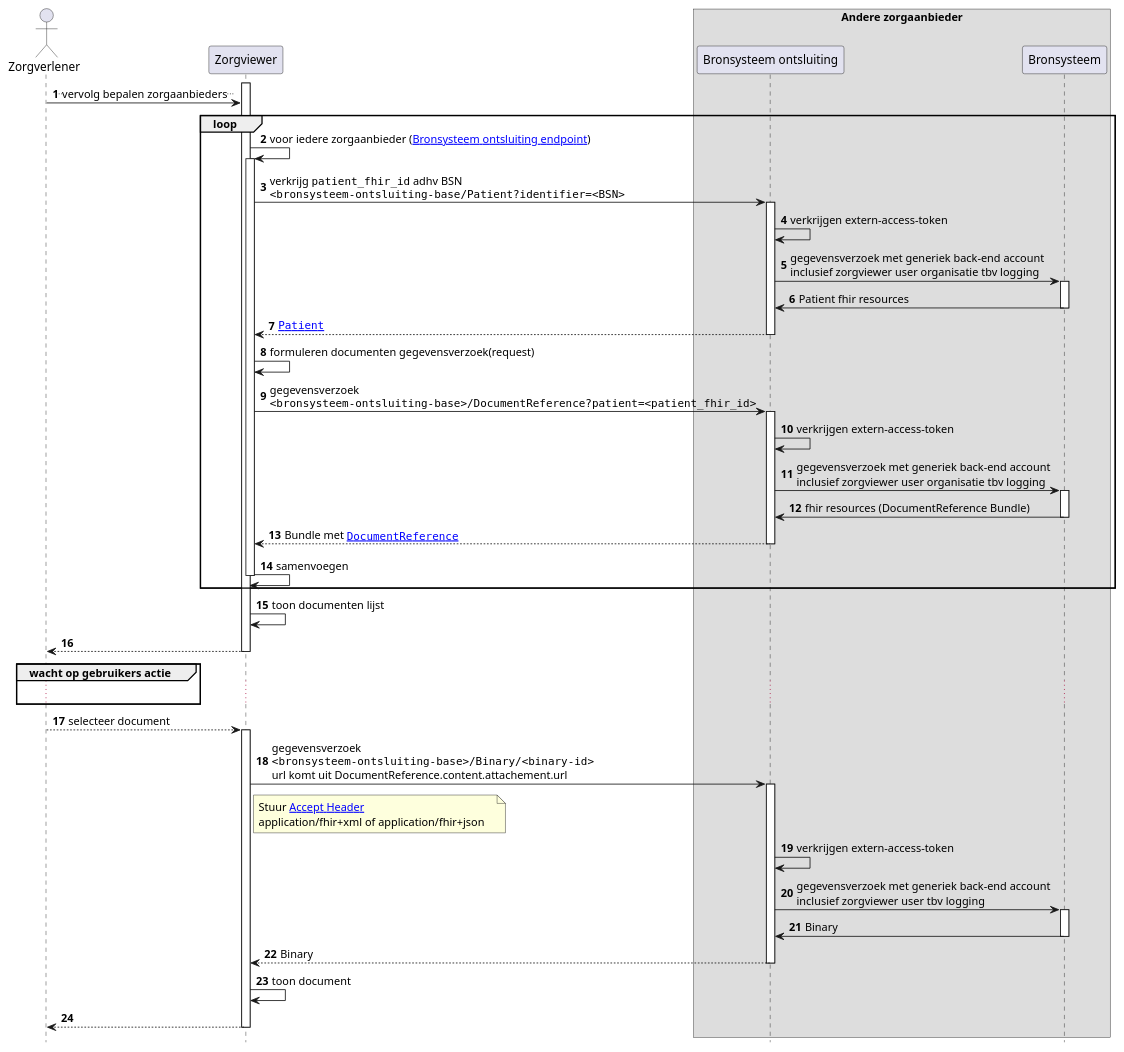
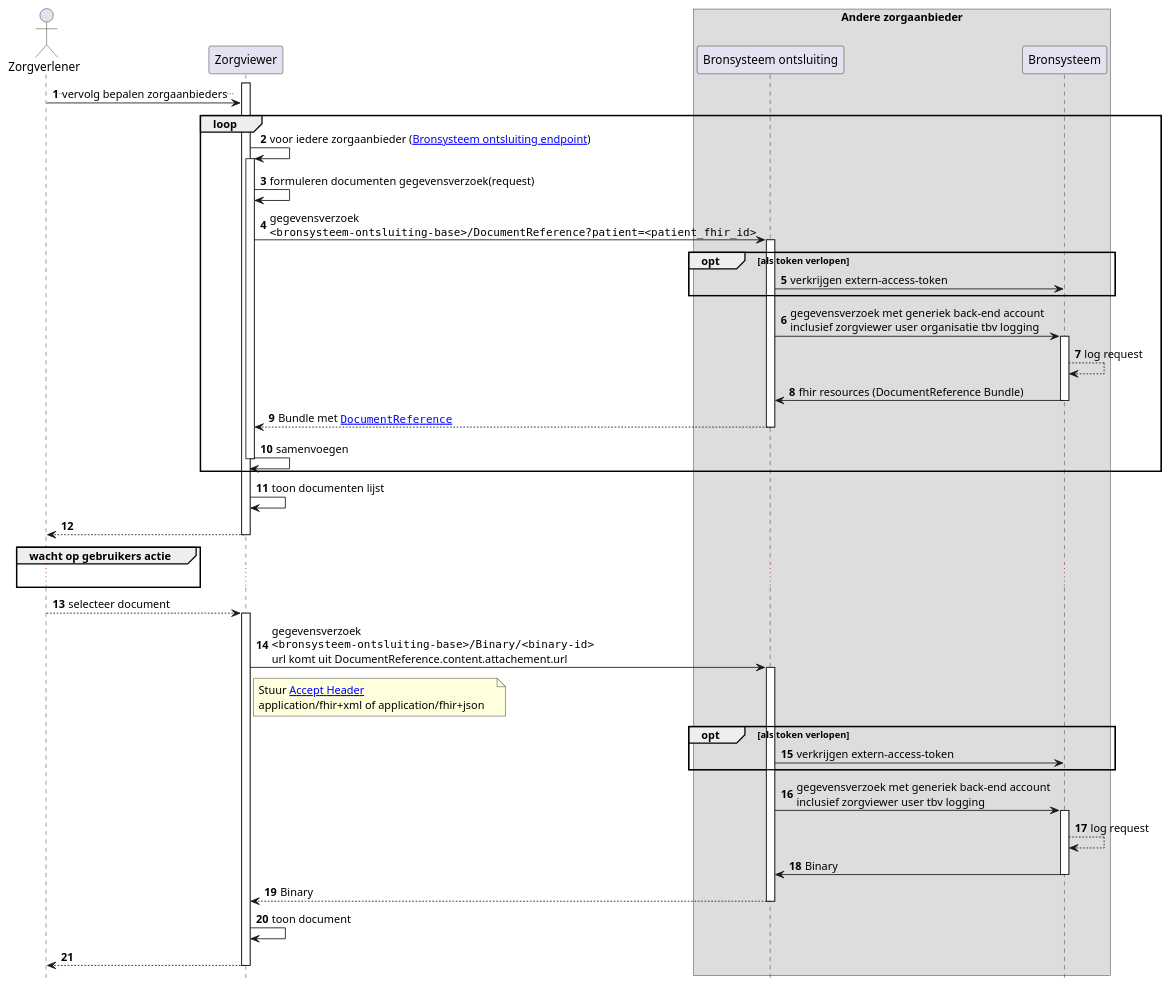
One commit to RIVO-Noord/zorgviewer-ig changed the diagram in input/images-source/Zorgviewer-seq-4.plantuml. Above: the diagram before and after it, drawn with PlantUML. The commit also changed 2 other files, not shown here.

Commit message:
Updates around verkrijgen extern access token

```diff
--- a/input/images-source/Zorgviewer-seq-4.plantuml
+++ b/input/images-source/Zorgviewer-seq-4.plantuml
@@ -1,64 +1,61 @@
 @startuml
 hide footbox
 autonumber
 
 actor Zorgverlener
 participant Zorgviewer
 box "Andere zorgaanbieder"
 participant "Bronsysteem ontsluiting" as Bron
 participant Bronsysteem
 end box
 
 activate Zorgviewer
 Zorgverlener->Zorgviewer: ..vervolg bepalen zorgaanbieders..
 loop
     Zorgviewer->Zorgviewer: voor iedere zorgaanbieder ([[Endpoint-UMCG.html Bronsysteem ontsluiting endpoint]])
     activate Zorgviewer
-    Zorgviewer->Bron : verkrijg ""patient_fhir_id"" adhv BSN\n""<bronsysteem-ontsluiting-base/Patient?identifier=<BSN>""
-    activate Bron
-    Bron->Bron : verkrijgen extern-access-token
-    Bron->Bronsysteem : gegevensverzoek met generiek back-end account\ninclusief zorgviewer user organisatie tbv logging
-    activate Bronsysteem
-    Bronsysteem->Bron: Patient fhir resources
-    deactivate Bronsysteem
-    Bron-->Zorgviewer : ""[[StructureDefinition-Patient.html Patient]]""
-    deactivate Bron
     Zorgviewer->Zorgviewer: formuleren documenten gegevensverzoek(request)
     Zorgviewer->Bron: gegevensverzoek\n""<bronsysteem-ontsluiting-base>/DocumentReference?patient=<patient_fhir_id>""
     activate Bron
-    Bron->Bron : verkrijgen extern-access-token
+    opt als token verlopen
+        Bron->Bronsysteem : verkrijgen extern-access-token
+    end opt
     Bron->Bronsysteem : gegevensverzoek met generiek back-end account\ninclusief zorgviewer user organisatie tbv logging
     activate Bronsysteem
+    Bronsysteem-->Bronsysteem: log request
     Bronsysteem->Bron: fhir resources (DocumentReference Bundle)
     deactivate Bronsysteem
     Bron-->Zorgviewer: Bundle met ""[[StructureDefinition-DocumentReference.html DocumentReference]]""
     deactivate Bron
     Zorgviewer->Zorgviewer: samenvoegen
     deactivate Zorgviewer
 end
 Zorgviewer->Zorgviewer: toon documenten lijst
 Zorgviewer-->Zorgverlener
 deactivate Zorgviewer
 group wacht op gebruikers actie
 ...
 end
 Zorgverlener-->Zorgviewer: selecteer document
 activate Zorgviewer
 Zorgviewer->Bron: gegevensverzoek\n""<bronsysteem-ontsluiting-base>/Binary/<binary-id>""\nurl komt uit DocumentReference.content.attachement.url
 note right Zorgviewer
     Stuur [[http://hl7.org/fhir/STU3/binary.html#rest Accept Header]]
     application/fhir+xml of application/fhir+json   
 end note
 activate Bron
-Bron->Bron : verkrijgen extern-access-token
+opt als token verlopen
+    Bron->Bronsysteem : verkrijgen extern-access-token
+end opt
 Bron->Bronsysteem : gegevensverzoek met generiek back-end account\ninclusief zorgviewer user tbv logging
 activate Bronsysteem
+Bronsysteem-->Bronsysteem: log request
 Bronsysteem->Bron: Binary
 deactivate Bronsysteem
 Bron-->Zorgviewer: Binary
 deactivate Bron
 Zorgviewer->Zorgviewer: toon document
 Zorgviewer-->Zorgverlener
 deactivate Zorgviewer
 
 @enduml
```
